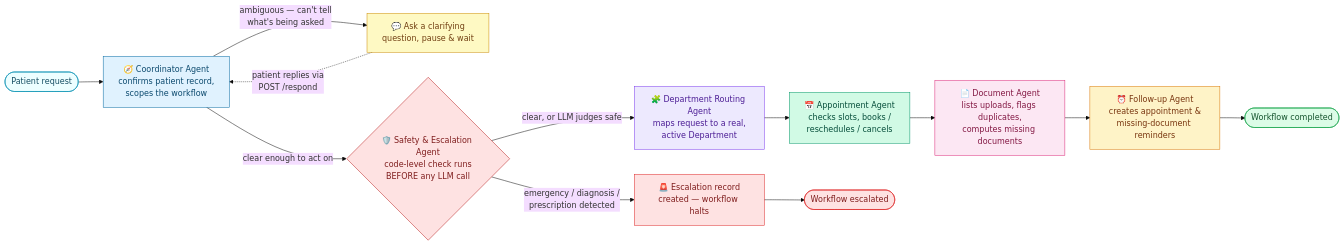
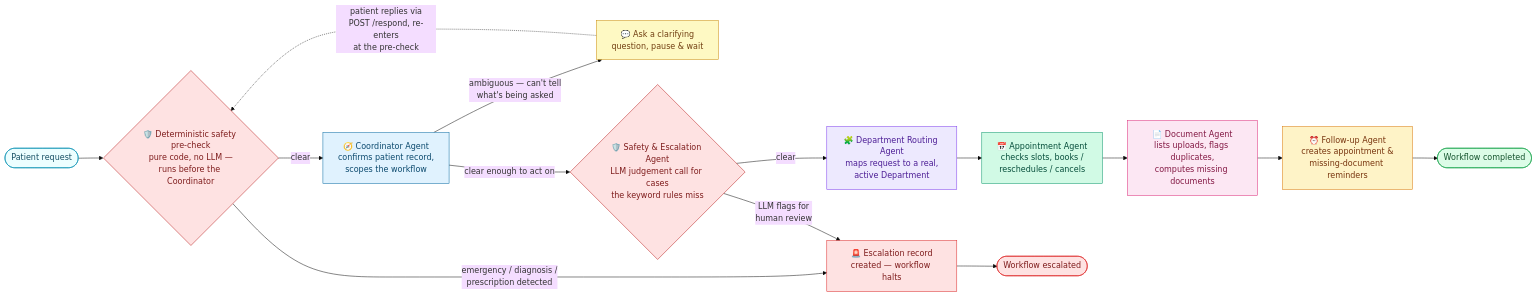
Before and after one commit to madhih2000/AgentCare: the second of 3 diagrams in README.md, drawn with Mermaid (base theme). The commit also changed other lines of this file and 5 other files, not shown here.

````diff
--- a/README.md
+++ b/README.md
@@ -108,35 +113,40 @@
 ```mermaid
 flowchart LR
-    Start([Patient request]) --> Coordinator
+    Start([Patient request]) --> Precheck
+
+    Precheck{"🛡️ Deterministic safety pre-check<br/>pure code, no LLM —<br/>runs before the Coordinator"}
+    Precheck -->|emergency / diagnosis /<br/>prescription detected| Escalate["🚨 Escalation record<br/>created — workflow halts"]
+    Precheck -->|clear| Coordinator
 
     Coordinator["🧭 Coordinator Agent<br/>confirms patient record,<br/>scopes the workflow"]
     Coordinator -->|ambiguous — can't tell<br/>what's being asked| Clarify["💬 Ask a clarifying<br/>question, pause & wait"]
-    Clarify -.->|patient replies via<br/>POST /respond| Coordinator
+    Clarify -.->|patient replies via<br/>POST /respond, re-enters<br/>at the pre-check| Precheck
     Coordinator -->|clear enough to act on| Safety
 
-    Safety{"🛡️ Safety & Escalation Agent<br/>code-level check runs<br/>BEFORE any LLM call"}
-    Safety -->|emergency / diagnosis /<br/>prescription detected| Escalate["🚨 Escalation record<br/>created — workflow halts"]
-    Safety -->|clear, or LLM judges safe| Routing
+    Safety{"🛡️ Safety & Escalation Agent<br/>LLM judgement call for cases<br/>the keyword rules miss"}
+    Safety -->|LLM flags for<br/>human review| Escalate
+    Safety -->|clear| Routing
 
     Routing["🧩 Department Routing Agent<br/>maps request to a real,<br/>active Department"] --> Appointment
 
     Appointment["📅 Appointment Agent<br/>checks slots, books /<br/>reschedules / cancels"] --> Document
 
     Document["📄 Document Agent<br/>lists uploads, flags duplicates,<br/>computes missing documents"] --> Followup
 
     Followup["⏰ Follow-up Agent<br/>creates appointment &<br/>missing-document reminders"] --> Done([Workflow completed])
 
     Escalate --> DoneEscalated([Workflow escalated])
 
     style Start fill:#ecfeff,stroke:#0891b2,color:#164e63
+    style Precheck fill:#fee2e2,stroke:#b91c1c,color:#7f1d1d
     style Coordinator fill:#e0f2fe,stroke:#0369a1,color:#0c4a6e
     style Clarify fill:#fef9c3,stroke:#ca8a04,color:#713f12
     style Safety fill:#fee2e2,stroke:#b91c1c,color:#7f1d1d
     style Routing fill:#ede9fe,stroke:#7c3aed,color:#4c1d95
     style Appointment fill:#d1fae5,stroke:#059669,color:#064e3b
     style Document fill:#fce7f3,stroke:#db2777,color:#831843
     style Followup fill:#fef3c7,stroke:#d97706,color:#78350f
     style Escalate fill:#fee2e2,stroke:#dc2626,color:#7f1d1d
     style DoneEscalated fill:#fee2e2,stroke:#dc2626,color:#7f1d1d
     style Done fill:#dcfce7,stroke:#16a34a,color:#14532d
 ```
````
